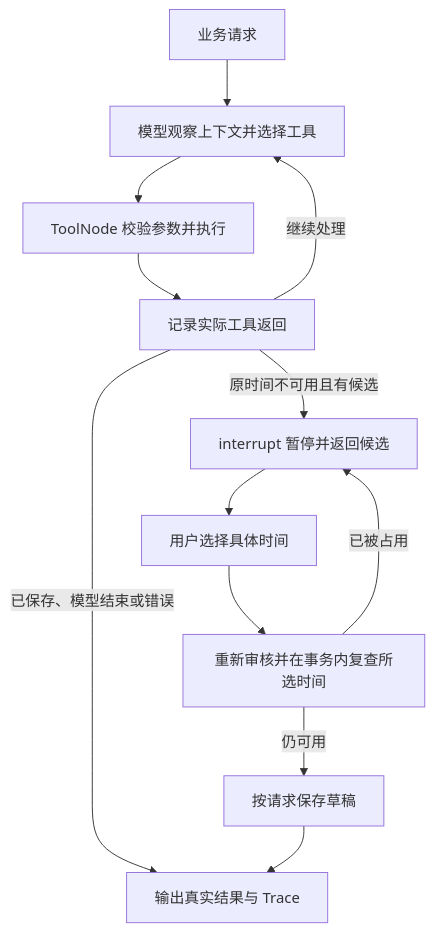
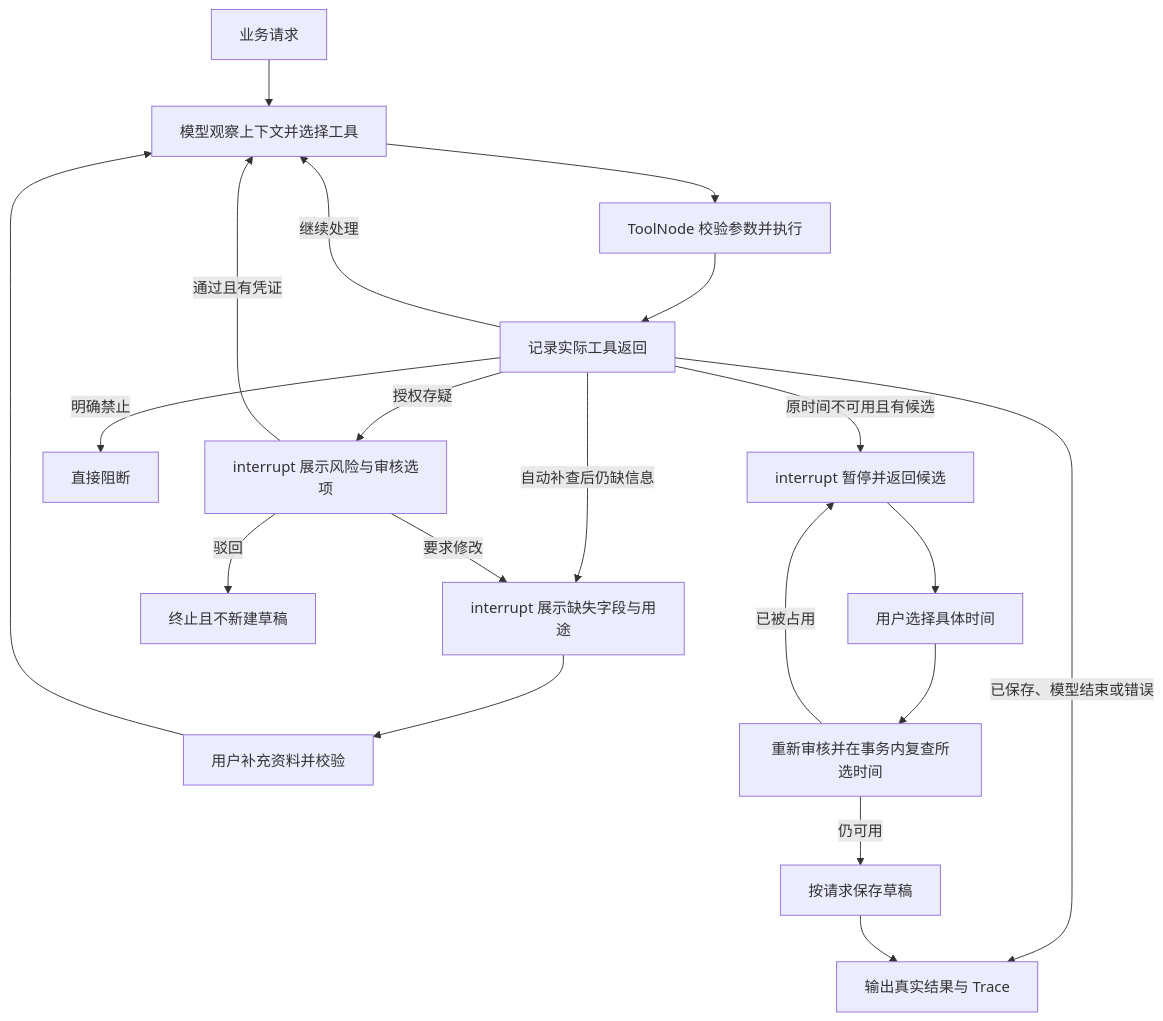
One commit to zj-sg/material-review-scheduling-agent changed the diagram in docs/02-solution.md. Above: the diagram before and after it, drawn with Mermaid. The commit also changed other lines of this file and 52 other files, not shown here.

````diff
--- a/docs/02-solution.md
+++ b/docs/02-solution.md
@@ -8,14 +8,22 @@
 ```mermaid
 flowchart TD
     A[业务请求] --> M[模型观察上下文并选择工具]
     M --> T[ToolNode 校验参数并执行]
     T --> O[记录实际工具返回]
     O -->|继续处理| M
+    O -->|自动补查后仍缺信息| I[interrupt 展示缺失字段与用途]
+    I --> P[用户补充资料并校验]
+    P --> M
+    O -->|授权存疑| R[interrupt 展示风险与审核选项]
+    R -->|通过且有凭证| M
+    R -->|要求修改| I
+    R -->|驳回| X[终止且不新建草稿]
+    O -->|明确禁止| B[直接阻断]
     O -->|原时间不可用且有候选| H[interrupt 暂停并返回候选]
     H --> U[用户选择具体时间]
     U --> C[重新审核并在事务内复查所选时间]
     C -->|已被占用| H
     C -->|仍可用| S[按请求保存草稿]
     O -->|已保存、模型结束或错误| E[输出真实结果与 Trace]
     S --> E
 ```
````
